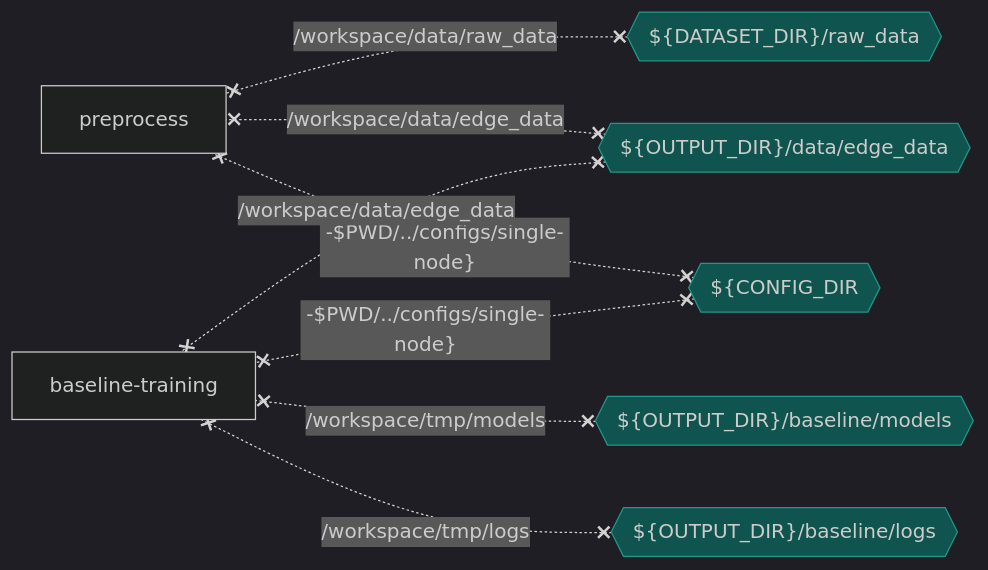
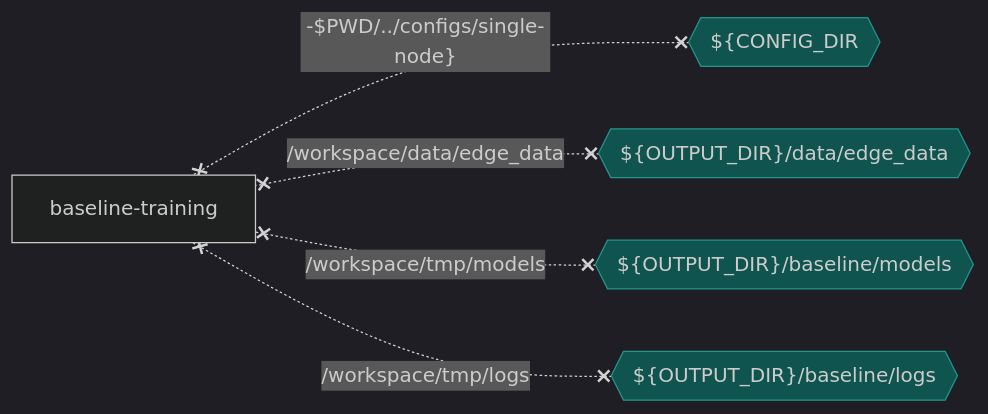
One commit to intel/credit-card-fraud-detection changed the second of 3 diagrams in README.md. Above: the diagram before and after it, drawn with Mermaid. The commit also changed other lines of this file and 9 other files, not shown here.

````diff
--- a/README.md
+++ b/README.md
@@ -148,14 +159,11 @@
 ```mermaid
 %%{init: {'theme': 'dark'}}%%
 flowchart RL
-  VDATASETDIRrawdata{{"${DATASET_DIR}/raw_data"}} x-. /workspace/data/raw_data .-x preprocess
-  VOUTPUTDIRdataedgedata{{"${OUTPUT_DIR}/data/edge_data"}} x-. /workspace/data/edge_data .-x preprocess
-  VCONFIGDIR{{"${CONFIG_DIR"}} x-. "-$PWD/../configs/single-node}" .-x preprocess
-  VCONFIGDIR x-. "-$PWD/../configs/single-node}" .-x baselinetraining[baseline-training]
-  VOUTPUTDIRdataedgedata x-. /workspace/data/edge_data .-x baselinetraining
+  VCONFIGDIR{{"${CONFIG_DIR"}} x-. "-$PWD/../configs/single-node}" .-x baselinetraining[baseline-training]
+  VOUTPUTDIRdataedgedata{{"${OUTPUT_DIR}/data/edge_data"}} x-. /workspace/data/edge_data .-x baselinetraining
   VOUTPUTDIRbaselinemodels{{"${OUTPUT_DIR}/baseline/models"}} x-. /workspace/tmp/models .-x baselinetraining
   VOUTPUTDIRbaselinelogs{{"${OUTPUT_DIR}/baseline/logs"}} x-. /workspace/tmp/logs .-x baselinetraining
 
   classDef volumes fill:#0f544e,stroke:#23968b
-  class VDATASETDIRrawdata,VOUTPUTDIRdataedgedata,VCONFIGDIR,VCONFIGDIR,VOUTPUTDIRdataedgedata,VOUTPUTDIRbaselinemodels,VOUTPUTDIRbaselinelogs volumes
+  class VCONFIGDIR,VOUTPUTDIRdataedgedata,VOUTPUTDIRbaselinemodels,VOUTPUTDIRbaselinelogs volumes
 ```
````
